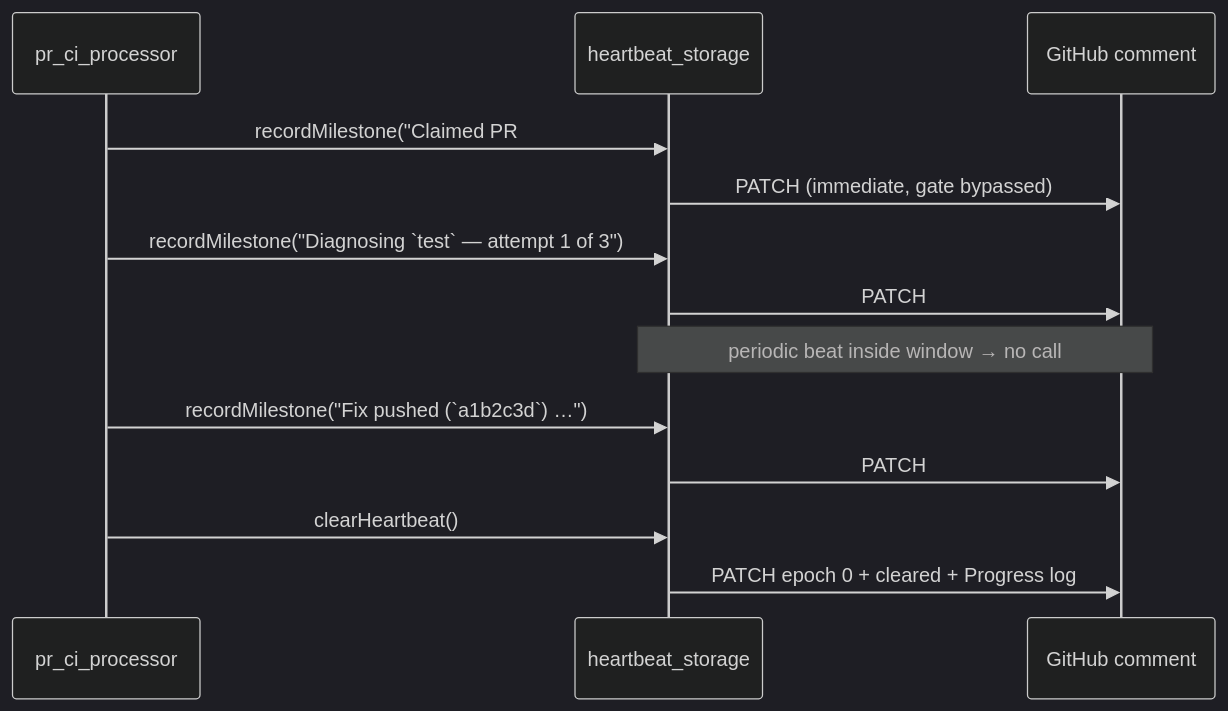
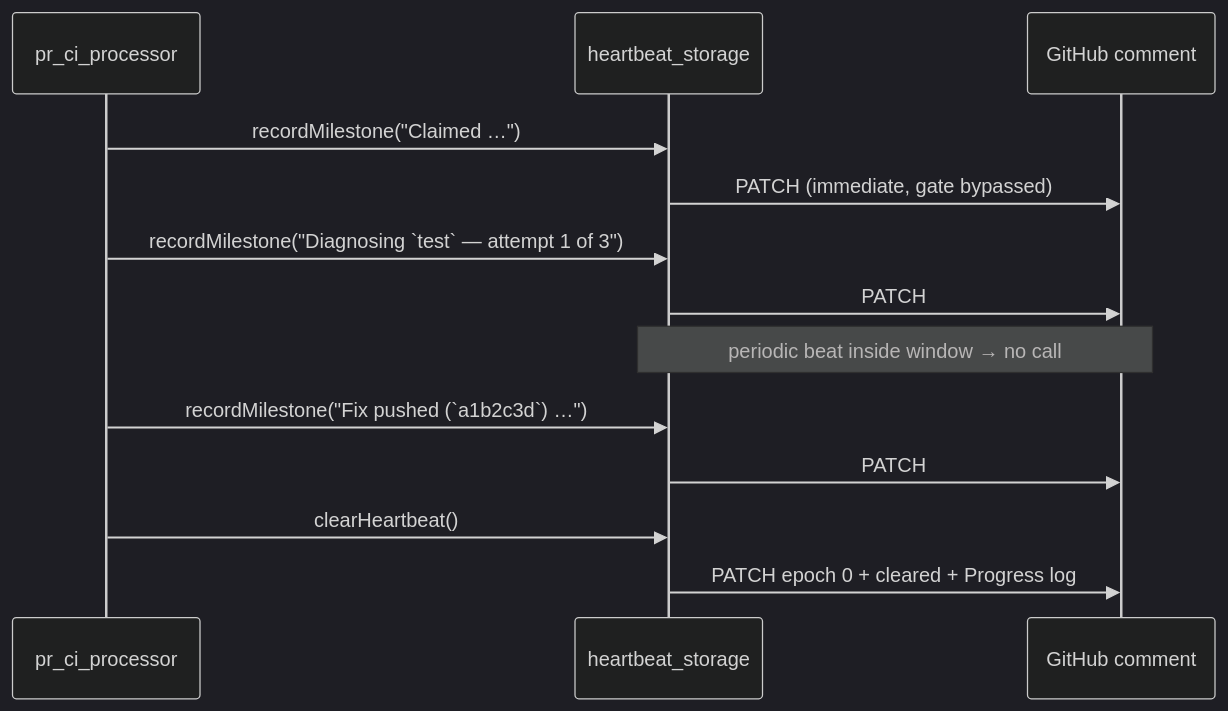
The sixth of 14 diagrams in docs/INTERNALS.md (stSoftwareAU/VibeCoder), drawn with Mermaid (dark theme) before and after one commit. The commit also changed other lines of this file and 291 other files, not shown here.

````diff
--- a/docs/INTERNALS.md
+++ b/docs/INTERNALS.md
@@ -670,15 +669,15 @@
   ```mermaid
   sequenceDiagram
       participant P as pr_ci_processor
       participant H as heartbeat_storage
       participant G as GitHub comment
-      P->>H: recordMilestone("Claimed PR #3644 …")
+      P->>H: recordMilestone("Claimed …")
       H->>G: PATCH (immediate, gate bypassed)
       P->>H: recordMilestone("Diagnosing `test` — attempt 1 of 3")
       H->>G: PATCH
       Note over H,G: periodic beat inside window → no call
       P->>H: recordMilestone("Fix pushed (`a1b2c3d`) …")
       H->>G: PATCH
       P->>H: clearHeartbeat()
       H->>G: PATCH epoch 0 + cleared + Progress log
   ```
````
